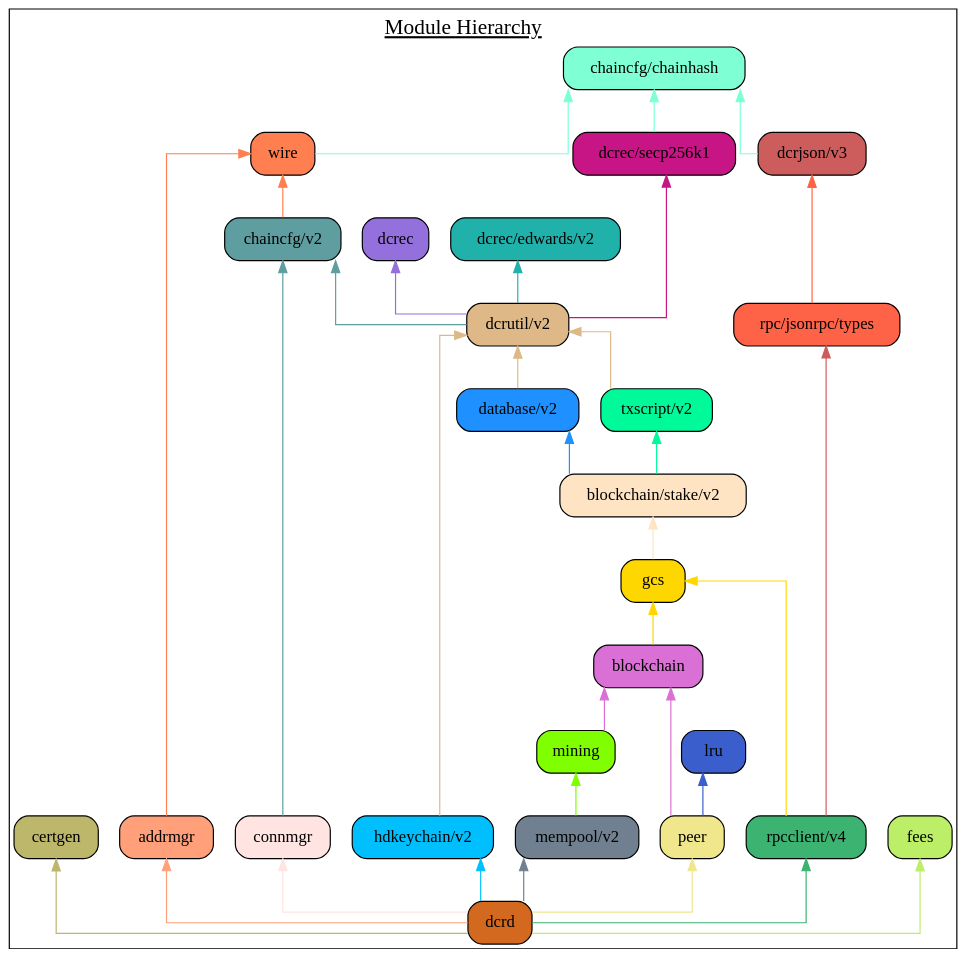
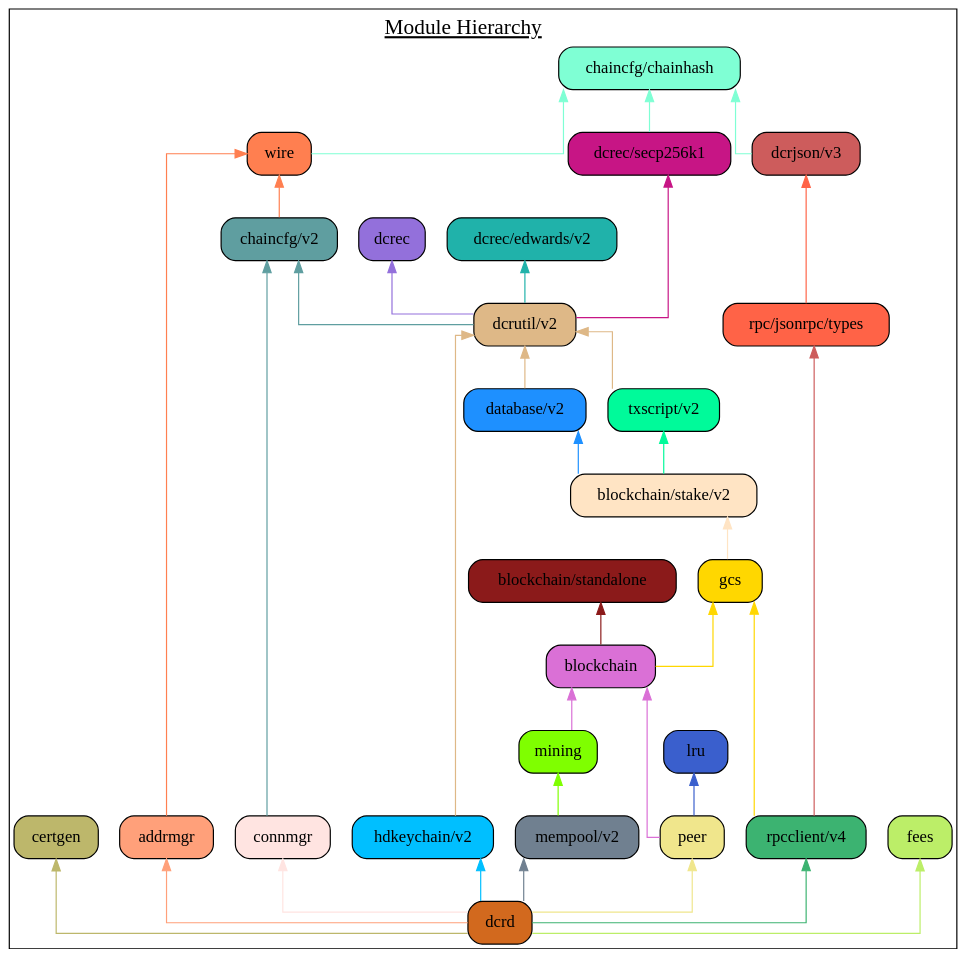
Before and after one commit to decred/dcrd: the diagram in docs/assets/module_hierarchy.gv, drawn with Graphviz. The commit also changed 3 other files, not shown here.

First line of the commit message:
blockchain/standalone: Prepare v1.0.0.

```diff
--- a/docs/assets/module_hierarchy.gv
+++ b/docs/assets/module_hierarchy.gv
@@ -1,67 +1,69 @@
 digraph {
 	graph [splines=ortho colorscheme=svg label=<<u>Module Hierarchy</u>> labelloc=t fontsize=18.0]
 	node [shape=box style="filled, rounded"]
 
 	certgen [label="certgen" fillcolor=darkkhaki]
 	chainhash [label="chaincfg/chainhash" fillcolor=aquamarine]
 	dcrjson [label="dcrjson/v3" fillcolor=indianred]
 	types [label="rpc/jsonrpc/types" fillcolor=tomato]
 	wire [label="wire" fillcolor=coral]
 	addrmgr [label="addrmgr" fillcolor=lightsalmon]
 	chaincfg [label="chaincfg/v2" fillcolor=cadetblue]
 	connmgr [label="connmgr" fillcolor=mistyrose]
 	dcrec [label="dcrec" fillcolor=mediumpurple]
 	edwards [label="dcrec/edwards/v2" fillcolor=lightseagreen]
 	secp256k1 [label="dcrec/secp256k1" fillcolor=mediumvioletred]
 	dcrutil [label="dcrutil/v2" fillcolor=burlywood]
 	database [label="database/v2" fillcolor=dodgerblue]
 	hdkeychain [label="hdkeychain/v2" fillcolor=deepskyblue]
 	txscript [label="txscript/v2" fillcolor=mediumspringgreen]
 	stake [label="blockchain/stake/v2" fillcolor=bisque]
+	standalone [label="blockchain/standalone" fillcolor=firebrick4]
 	gcs [label="gcs" fillcolor=gold]
 	blockchain [label="blockchain" fillcolor=orchid]
 	mempool [label="mempool/v2" fillcolor=slategray]
 	mining [label="mining" fillcolor=chartreuse]
 	lru  [label="lru" fillcolor=royalblue3]
 	peer [label="peer" fillcolor=khaki]
 	rpcclient [label="rpcclient/v4" fillcolor=mediumseagreen]
 	fees [label="fees" fillcolor=darkolivegreen2]
 	dcrd [label="dcrd" fillcolor=chocolate]
 
 	{rank=same connmgr addrmgr hdkeychain peer rpcclient mempool}
 
 	certgen
 	chainhash -> dcrjson [dir=back color=aquamarine]
 	chainhash -> wire [dir=back color=aquamarine]
 	wire -> addrmgr [dir=back color=coral]
 	wire -> chaincfg [dir=back color=coral]
 	chaincfg -> connmgr [dir=back color=cadetblue]
 	chainhash -> secp256k1 [dir=back color=aquamarine]
 	chaincfg -> dcrutil [dir=back color=cadetblue]
 	dcrec -> dcrutil [dir=back color=mediumpurple]
 	edwards ->  dcrutil [dir=back color=lightseagreen]
 	secp256k1 ->  dcrutil [dir=back color=mediumvioletred]
 	dcrutil -> database [dir=back color=burlywood]
 	dcrutil -> hdkeychain [dir=back color=burlywood]
 	dcrutil -> txscript [dir=back color=burlywood]
 	database ->  stake [dir=back color=dodgerblue]
 	txscript -> stake [dir=back color=mediumspringgreen]
 	stake -> gcs [dir=back color=bisque]
+	standalone -> blockchain [dir=back color=firebrick4]
 	gcs -> blockchain [dir=back color=gold]
 	gcs -> rpcclient [dir=back color=gold]
 	blockchain -> mining [dir=back color=orchid]
 	mining -> mempool [dir=back color=chartreuse]
 	lru -> peer [dir=back color=royalblue3]
 	blockchain -> peer [dir=back color=orchid]
 	dcrjson -> types [dir=back color=tomato]
 	types -> rpcclient [dir=back color=indianred]
 
 	fees -> dcrd [dir=back color=darkolivegreen2]
 	mempool -> dcrd [dir=back color=slategray]
 	certgen -> dcrd [dir=back color=darkkhaki]
 	addrmgr -> dcrd [dir=back color=lightsalmon]
 	hdkeychain -> dcrd [dir=back color=deepskyblue]
 	connmgr -> dcrd [dir=back color=mistyrose]
 	rpcclient -> dcrd [dir=back color=mediumseagreen]
 	peer -> dcrd [dir=back color=khaki]
 }
```
